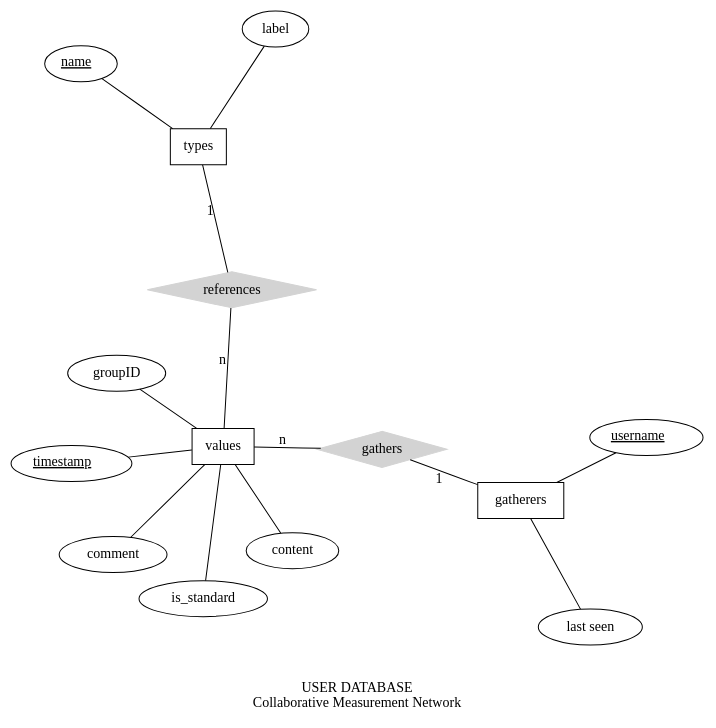
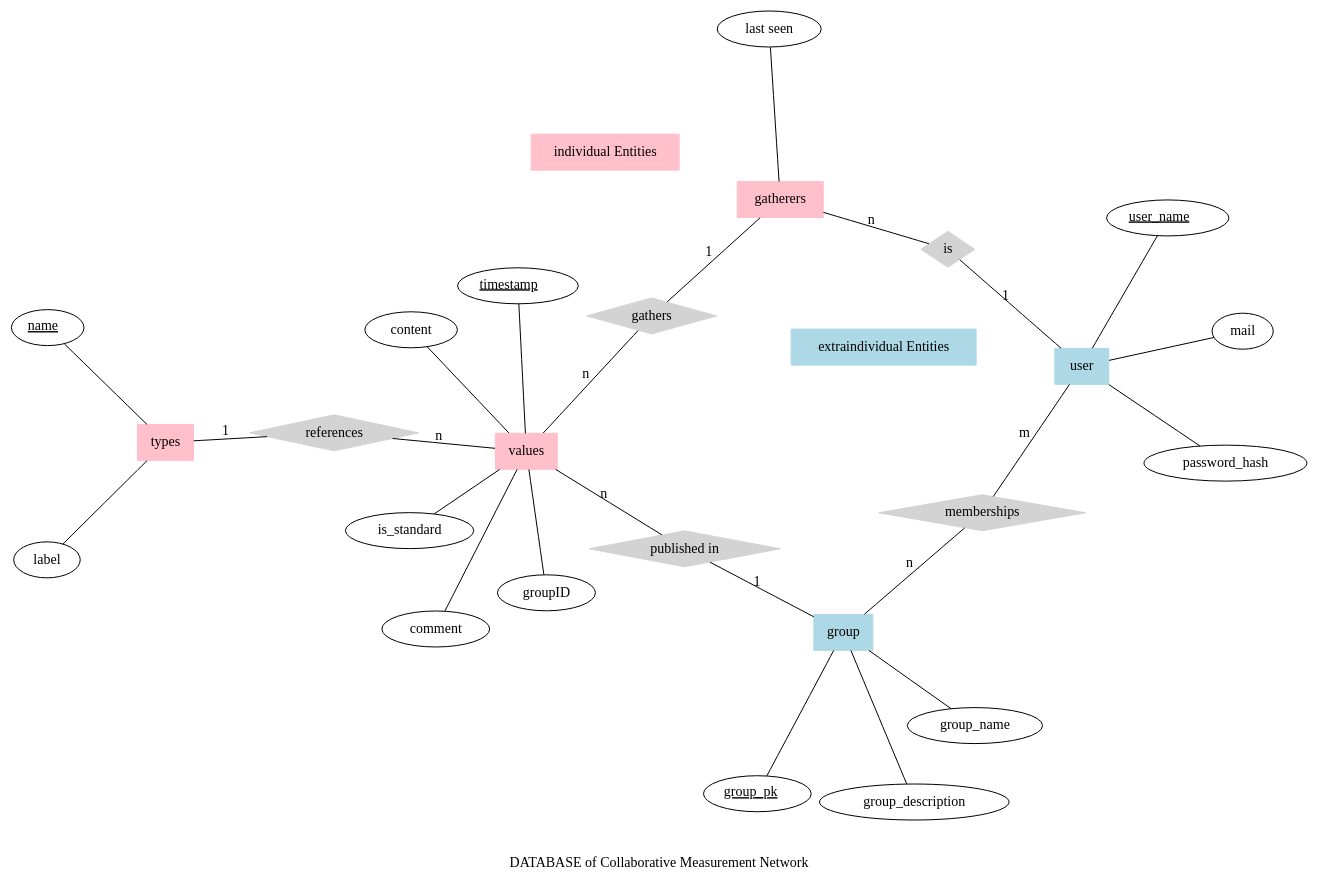
One commit to gruener-campus-malchow/colamator changed the diagram in doc/erm.dot. Above: the diagram before and after it, drawn with Graphviz. The commit also changed 1 other file, not shown here.

Commit message:
new entities in ERM

```diff
--- a/doc/erm.dot
+++ b/doc/erm.dot
@@ -1,42 +1,64 @@
 graph ER {
 
-  layout=neato;
-   //overlap = scale;
-   overlap = false;
-
-  node [shape=box]; types; values; gatherers;
-
-  node [shape=ellipse];  name0; username; label; comment; content; timestamp; status; is_standard; groupID;
-
-  node [shape=diamond,style=filled,color=lightgrey] {"references"; "gathers"} 
-
-  name0 -- types;
-  label -- types;
-  name0 [label=<<u>name</u>>];
-
-  //name1 -- values;
-  content -- values;
-  is_standard -- values;
-  timestamp -- values;
-  comment -- values;
-  //name1 [label=<<u>name</u>>];
-  timestamp [label=<<u>timestamp</u>>];
-
-  username -- gatherers;
-  status -- gatherers;
-  username [label=<<u>username</u>>];
-  status [label="last seen"];
-  groupID -- values;
-
- // types -- "classifies" [label="1",len=1.00];
- // values -- "classifies" [label="n",len=1.00];
-
-  types -- "references" [label="1",len=1.00];
-  values -- "references" [label="n",len=1.00];
-
-  gatherers -- "gathers" [label="1",len=1.00];
-  values -- "gathers" [label="n",len=1.00];
-
-  label = "\n\nUSER DATABASE\nCollaborative Measurement Network";
-  fontsize=14;
+    layout = neato;
+    overlap = false;
+    
+    
+    //individual attributes    
+    node [shape=ellipse] { name0; label; comment; content; timestamp; status; is_standard; groupID;}
+    //extraindividual attributes
+    node [shape=ellipse]{  groupPK; group_name; group_description; user_name; password_hash; mail;}
+    //relationships
+    node [shape=diamond,style=filled,color=lightgrey] {"references"; "gathers"; "is"; "memberships"; "published in"} 
+    //extraindividual entities
+    node [shape=box, color=lightblue] {"group"; user; "extraindividual Entities"}
+    // individual Entities
+    node [shape=box color=pink]{ types; values; gatherers; "individual Entities"};
+    
+    user_name [label=<<u>user_name</u>>];
+    groupPK  [label=<<u>group_pk</u>>];
+    
+    name0 -- types;
+    label -- types;
+    name0 [label=<<u>name</u>>];
+    
+    
+    content -- values;
+    is_standard -- values;
+    timestamp -- values;
+    comment -- values;
+    
+    timestamp [label=<<u>timestamp</u>>];
+    
+    status -- gatherers;
+    
+    status [label="last seen"];
+    groupID -- values;
+    
+    types -- "references" [label="1",len=1.00];
+    values -- "references" [label="n",len=1.00];
+    
+    gatherers -- "gathers" [label="1",len=1.00];
+    values -- "gathers" [label="n",len=1.00];
+    
+    "group" -- groupPK;
+    "group" -- group_name;
+    "group" -- group_description;
+    
+    user -- password_hash; 
+    user -- mail;
+    user -- user_name;
+    
+    is -- user [label="1",len=1.00];
+    is -- gatherers [label="n",len=1.00];
+    
+    memberships -- group [label="n",len=1.00];
+    memberships -- user [label="m",len=1.00];
+    
+    "published in" -- values [label="n",len=1.00];
+    "published in" -- group [label="1",len=1.00];
+    
+    label = "\n\nDATABASE of Collaborative Measurement Network";
+    
+    fontsize=14;
 }
```
